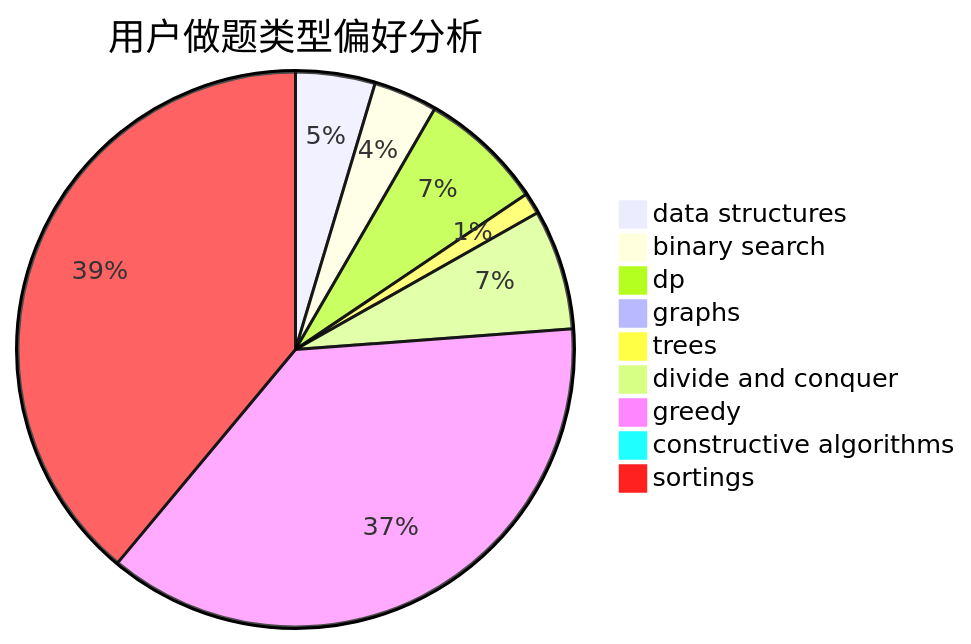
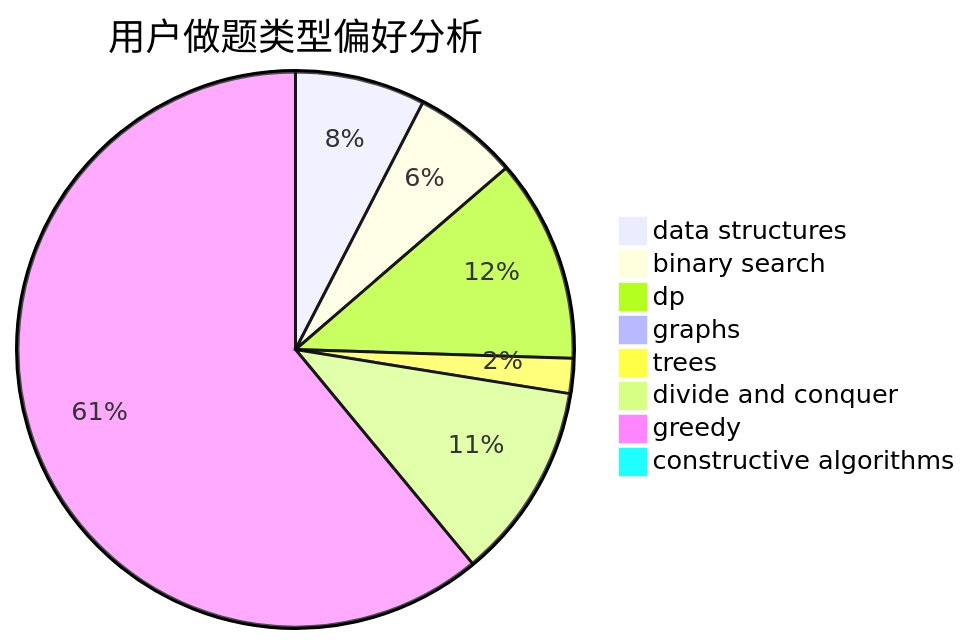
One commit to sherpahu/cfrs.github.io changed the second of 3 diagrams in docs/user/u265.md. Above: the diagram before and after it, drawn with Mermaid. The commit also changed other lines of this file and 2769 other files, not shown here.

````diff
--- a/docs/user/u265.md
+++ b/docs/user/u265.md
@@ -18,12 +18,11 @@
 ```mermaid
 pie title 用户做题类型偏好分析
     "data structures" :  41
     "binary search" :  33
     "dp" :  64
     "graphs" :  0
     "trees" :  11
     "divide and conquer" :  62
     "greedy" :  330
     "constructive algorithms" :  3
-    "sortings" :  345
 ```
````
